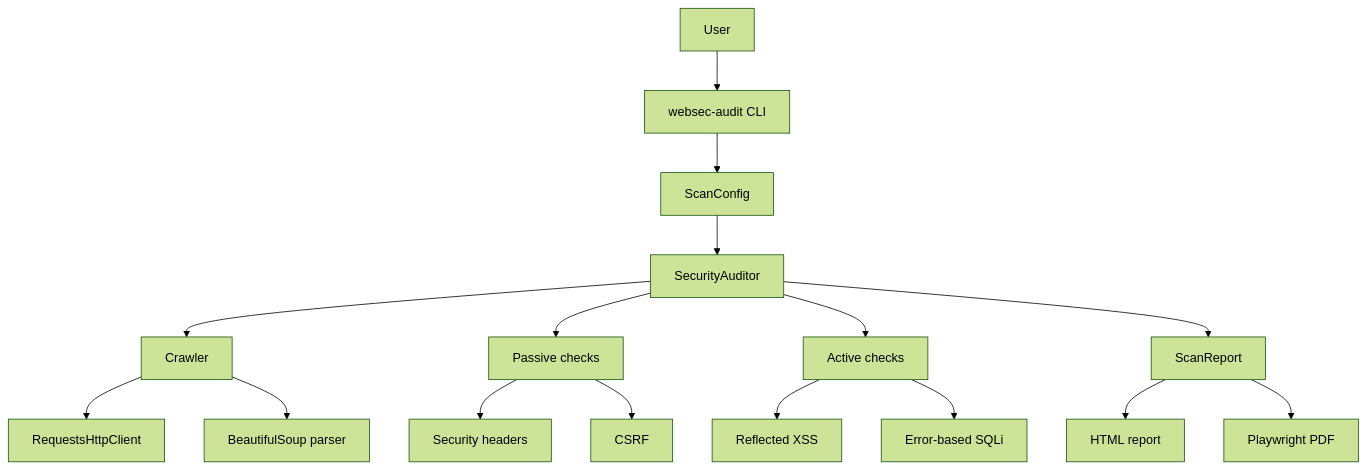
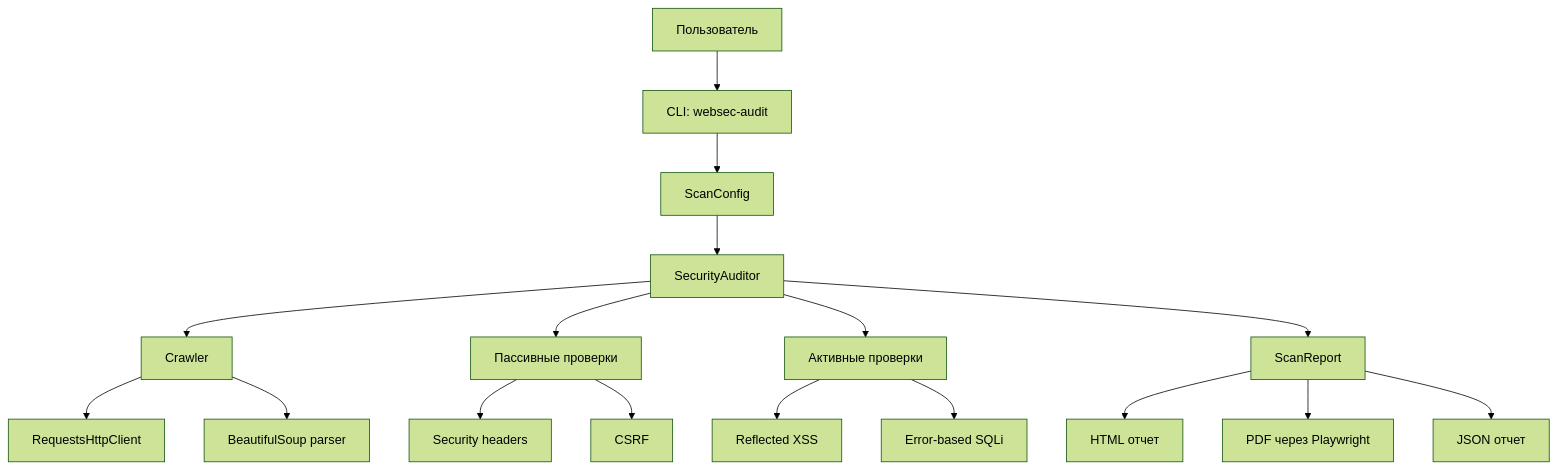
One commit to holhalovaa/web-security-audit changed the diagram in docs/architecture.md. Above: the diagram before and after it, drawn with Mermaid (forest theme). The commit also changed other lines of this file and 6 other files, not shown here.

````diff
--- a/docs/architecture.md
+++ b/docs/architecture.md
@@ -5,18 +9,19 @@
 ```mermaid
 flowchart TD
-    User["User"] --> CLI["websec-audit CLI"]
+    User["Пользователь"] --> CLI["CLI: websec-audit"]
     CLI --> Config["ScanConfig"]
     Config --> Auditor["SecurityAuditor"]
     Auditor --> Crawler["Crawler"]
     Crawler --> Client["RequestsHttpClient"]
     Crawler --> Parser["BeautifulSoup parser"]
-    Auditor --> Passive["Passive checks"]
-    Auditor --> Active["Active checks"]
+    Auditor --> Passive["Пассивные проверки"]
+    Auditor --> Active["Активные проверки"]
     Passive --> Headers["Security headers"]
     Passive --> CSRF["CSRF"]
     Active --> XSS["Reflected XSS"]
     Active --> SQLi["Error-based SQLi"]
     Auditor --> Report["ScanReport"]
-    Report --> HTML["HTML report"]
-    Report --> PDF["Playwright PDF"]
+    Report --> HTML["HTML отчет"]
+    Report --> PDF["PDF через Playwright"]
+    Report --> JSON["JSON отчет"]
 ```
````
